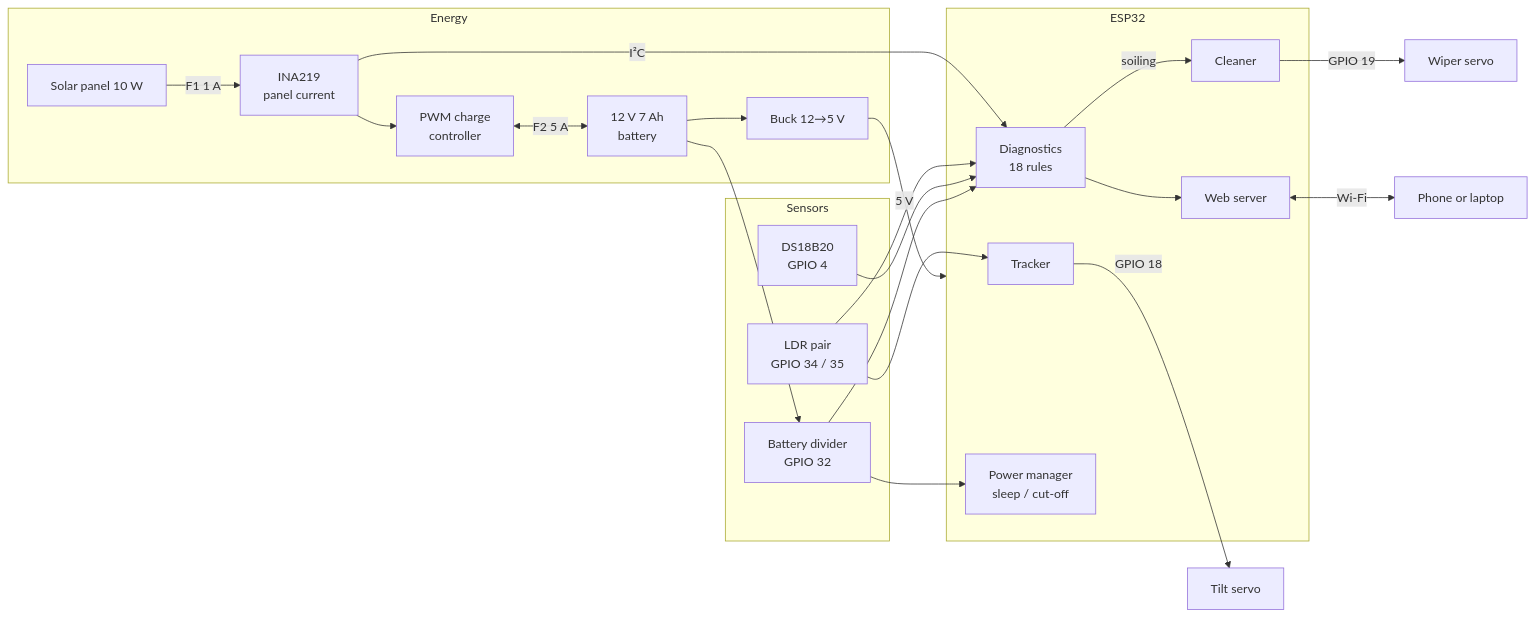
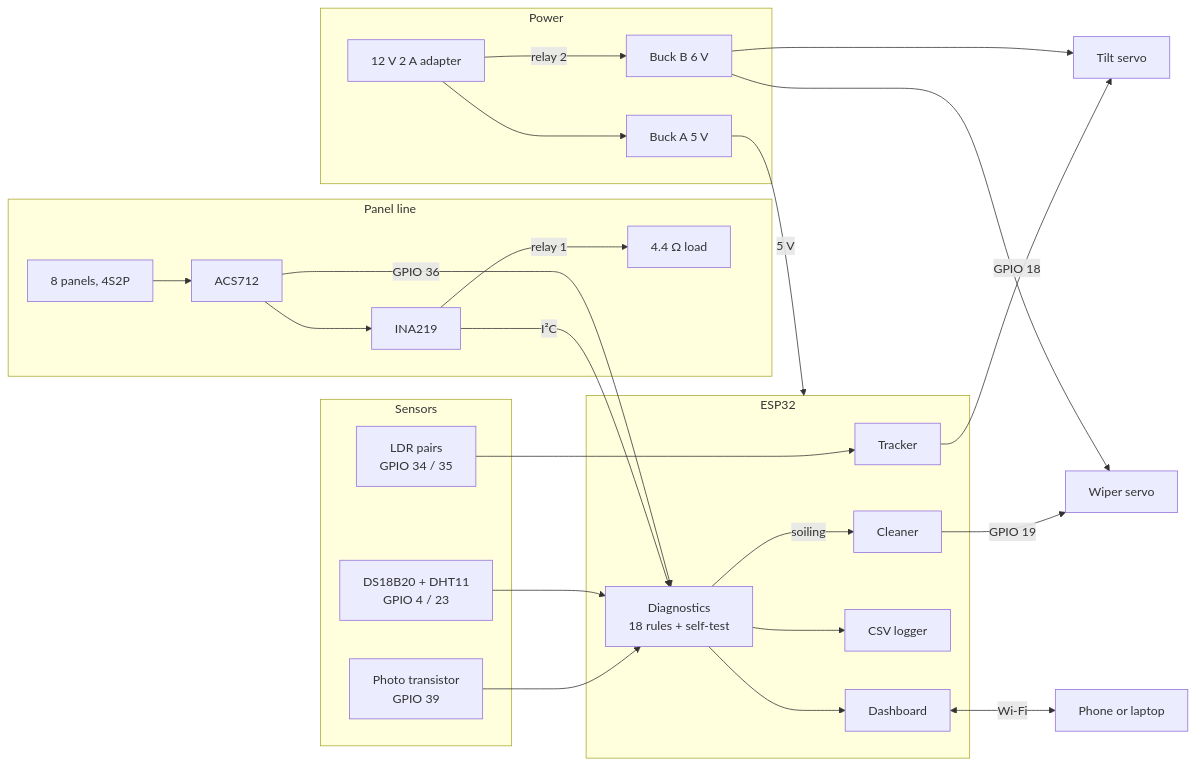
Before and after one commit to sumanbhatbtech25-beep/Self-SOLAR-TrackingandCleaning: the diagram in README.md, drawn with Mermaid. The commit also changed other lines of this file and 33 other files, not shown here.

````diff
--- a/README.md
+++ b/README.md
@@ -54,30 +56,33 @@
 ```mermaid
 flowchart LR
-    subgraph Energy
-        PV[Solar panel 10 W] -->|F1 1 A| INA[INA219<br/>panel current]
-        INA --> CC[PWM charge<br/>controller]
-        CC <-->|F2 5 A| BAT[12 V 7 Ah<br/>battery]
-        BAT --> BUCK[Buck 12→5 V]
+    subgraph Power
+        AD[12 V 2 A adapter] --> BA[Buck A 5 V]
+        AD -->|relay 2| BB[Buck B 6 V]
+    end
+    subgraph Panel line
+        PV[8 panels, 4S2P] --> ACS[ACS712] --> INA[INA219] -->|relay 1| LOAD[4.4 Ω load]
     end
     subgraph Sensors
-        LDR[LDR pair<br/>GPIO 34 / 35]
-        DS[DS18B20<br/>GPIO 4]
-        BS[Battery divider<br/>GPIO 32]
+        LDR[LDR pairs<br/>GPIO 34 / 35]
+        PT[Photo transistor<br/>GPIO 39]
+        TMP[DS18B20 + DHT11<br/>GPIO 4 / 23]
     end
     subgraph ESP32
         TR[Tracker]
-        DG[Diagnostics<br/>18 rules]
+        DG[Diagnostics<br/>18 rules + self-test]
         CL[Cleaner]
-        PW[Power manager<br/>sleep / cut-off]
-        WEB[Web server]
+        LOG[CSV logger]
+        WEB[Dashboard]
     end
-    BUCK -->|5 V| ESP32
-    BAT --> BS --> PW
+    BA -->|5 V| ESP32
     INA -->|I²C| DG
+    ACS -->|GPIO 36| DG
+    PT --> DG
+    TMP --> DG
     LDR --> TR -->|GPIO 18| TS[Tilt servo]
-    LDR --> DG
-    DS --> DG
-    BS --> DG
     DG -->|soiling| CL -->|GPIO 19| WS[Wiper servo]
+    BB --> TS
+    BB --> WS
+    DG --> LOG
     DG --> WEB <-->|Wi-Fi| PHONE[Phone or laptop]
 ```
````
